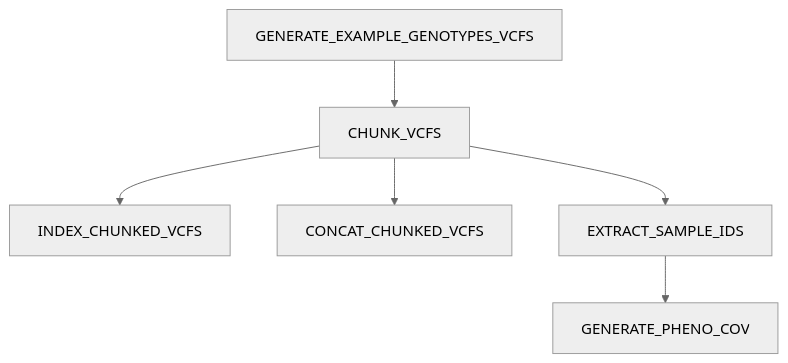
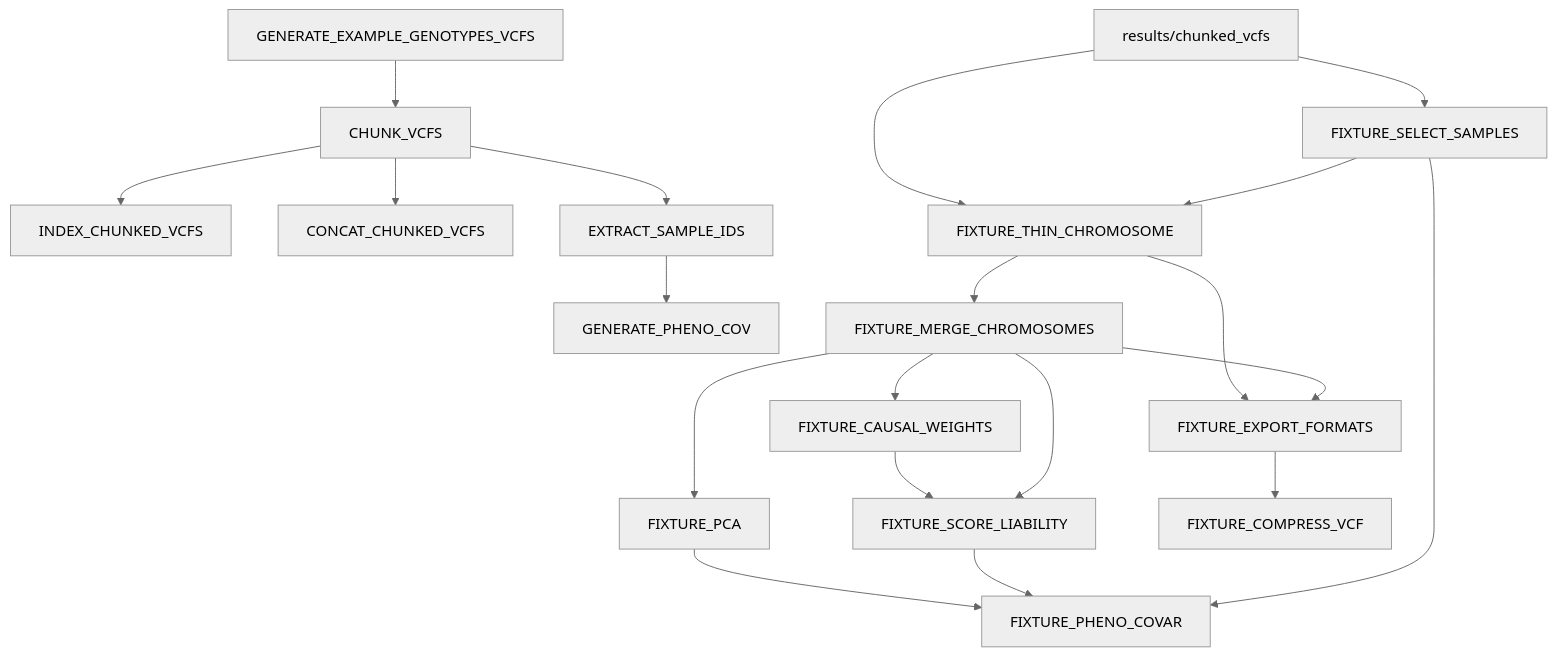
Before and after one commit to nf-core/test-datasets: the diagram in README.md, drawn with Mermaid (neutral theme). The commit also changed other lines of this file and 207 other files, not shown here.

````diff
--- a/README.md
+++ b/README.md
@@ -13,8 +13,22 @@
 ```mermaid
 graph TD
     A[GENERATE_EXAMPLE_GENOTYPES_VCFS] --> B[CHUNK_VCFS]
     B --> C[INDEX_CHUNKED_VCFS]
     B --> D[CONCAT_CHUNKED_VCFS]
     B --> F[EXTRACT_SAMPLE_IDS]
     F --> G[GENERATE_PHENO_COV]
+    H[results/chunked_vcfs] --> I[FIXTURE_SELECT_SAMPLES]
+    H --> J[FIXTURE_THIN_CHROMOSOME]
+    I --> J
+    J --> K[FIXTURE_MERGE_CHROMOSOMES]
+    K --> L[FIXTURE_PCA]
+    K --> M[FIXTURE_CAUSAL_WEIGHTS]
+    M --> N[FIXTURE_SCORE_LIABILITY]
+    K --> N
+    L --> O[FIXTURE_PHENO_COVAR]
+    N --> O
+    I --> O
+    J --> P[FIXTURE_EXPORT_FORMATS]
+    K --> P
+    P --> Q[FIXTURE_COMPRESS_VCF]
 ```
````
